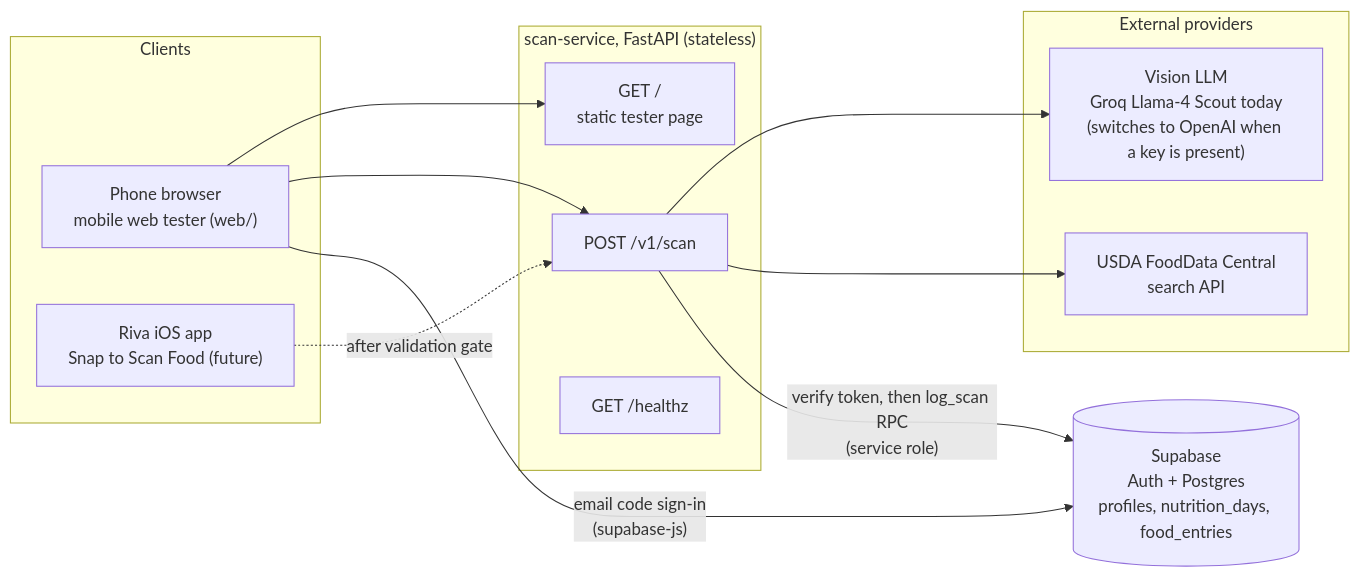
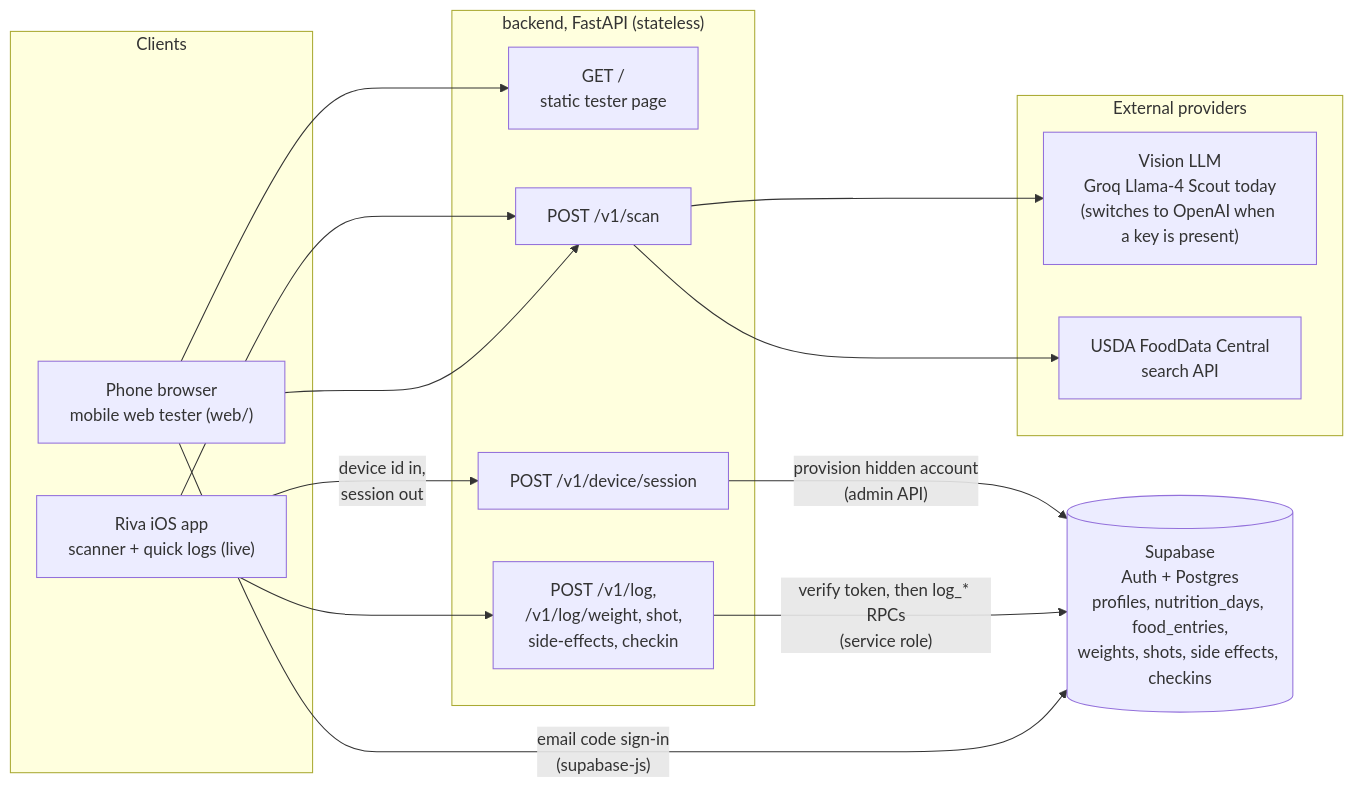
Before and after one commit to ashutoshanandmehta/Riva-Snap: the first of 4 diagrams in ARCHITECTURE.md, drawn with Mermaid. The commit also changed other lines of this file and 1 other file, not shown here.

Commit message:
Rewrite README and ARCHITECTURE in first person, document all logging APIs

````diff
--- a/ARCHITECTURE.md
+++ b/ARCHITECTURE.md
@@ -9,28 +9,32 @@
 ```mermaid
 flowchart LR
     subgraph Clients
         PHONE["Phone browser<br/>mobile web tester (web/)"]
-        IOS["Riva iOS app<br/>Snap to Scan Food (future)"]
+        IOS["Riva iOS app<br/>scanner + quick logs (live)"]
     end
 
-    subgraph SVC["scan-service, FastAPI (stateless)"]
+    subgraph SVC["backend, FastAPI (stateless)"]
         WEB["GET /<br/>static tester page"]
         API["POST /v1/scan"]
-        HZ["GET /healthz"]
+        LOG["POST /v1/log,<br/>/v1/log/weight, shot,<br/>side-effects, checkin"]
+        DEV["POST /v1/device/session"]
     end
 
     subgraph Providers["External providers"]
         LLM["Vision LLM<br/>Groq Llama-4 Scout today<br/>(switches to OpenAI when a key is present)"]
         FDC["USDA FoodData Central<br/>search API"]
     end
 
-    SB[("Supabase<br/>Auth + Postgres<br/>profiles, nutrition_days, food_entries")]
+    SB[("Supabase<br/>Auth + Postgres<br/>profiles, nutrition_days, food_entries,<br/>weights, shots, side effects, checkins")]
 
     PHONE --> WEB
     PHONE --> API
     PHONE -- "email code sign-in<br/>(supabase-js)" --> SB
-    IOS -. "after validation gate" .-> API
+    IOS --> API
+    IOS --> LOG
+    IOS -- "device id in,<br/>session out" --> DEV
     API --> LLM
     API --> FDC
-    API -- "verify token, then log_scan RPC<br/>(service role)" --> SB
+    LOG -- "verify token, then log_* RPCs<br/>(service role)" --> SB
+    DEV -- "provision hidden account<br/>(admin API)" --> SB
 ```
````
